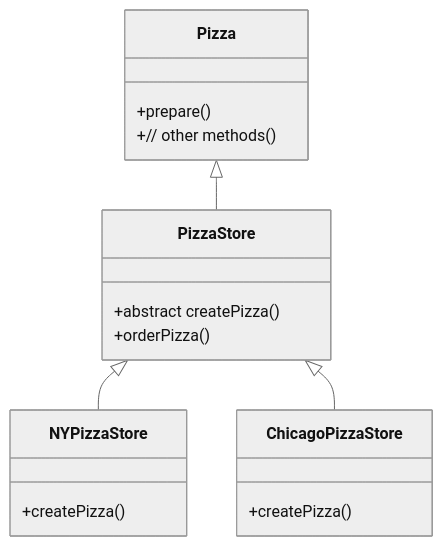
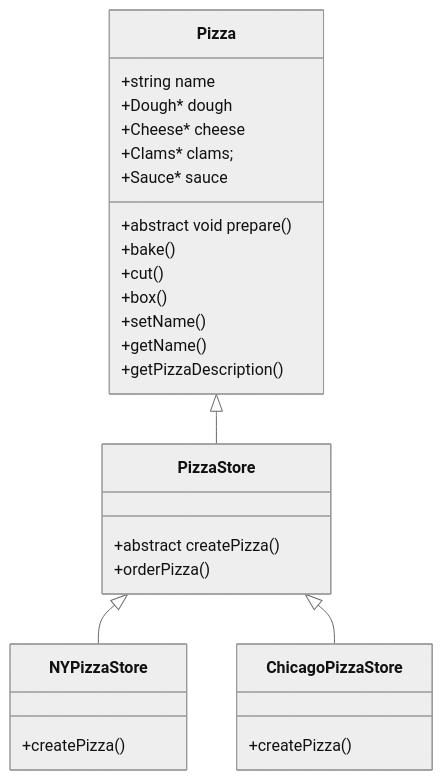
The first of 3 diagrams in Code/FactoryPattern/README.md (akormous/design-patterns), drawn with Mermaid (neutral theme) before and after one commit. The commit also changed other lines of this file, not shown here.

````diff
--- a/Code/FactoryPattern/README.md
+++ b/Code/FactoryPattern/README.md
@@ -5,26 +5,36 @@
 ```mermaid
 classDiagram
 
 class Pizza {
-    +prepare()
-    +// other methods()
+    +string name
+    +Dough* dough
+    +Cheese* cheese
+    +Clams* clams;
+    +Sauce* sauce
+    +abstract void prepare()
+    +bake()
+    +cut()
+    +box()
+    +setName()
+    +getName()
+    +getPizzaDescription()
 }
 
 class PizzaStore {
     +abstract createPizza()
     +orderPizza()
 }
 
 Pizza <|-- PizzaStore 
 
 class NYPizzaStore {
     +createPizza()
 }
 
 class ChicagoPizzaStore {
     +createPizza()
 }
 
 PizzaStore <|-- NYPizzaStore
 PizzaStore <|-- ChicagoPizzaStore
 ```
````
